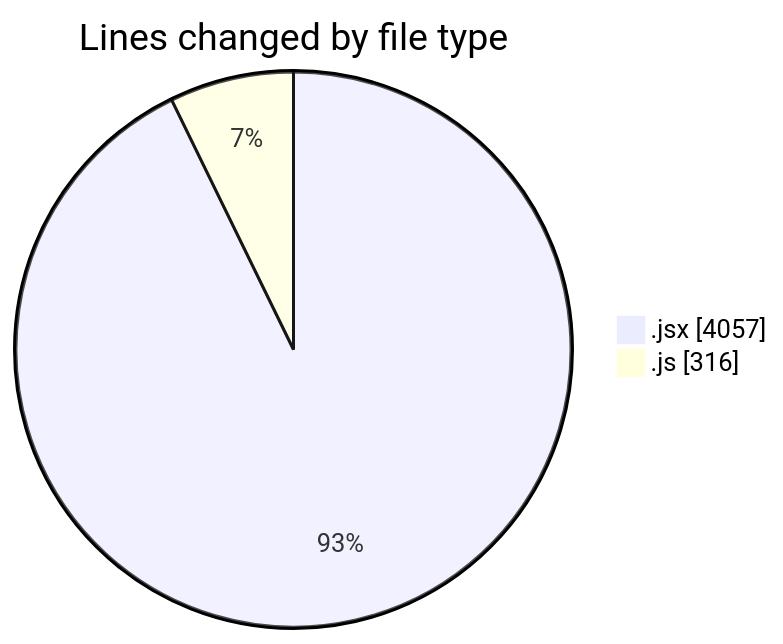
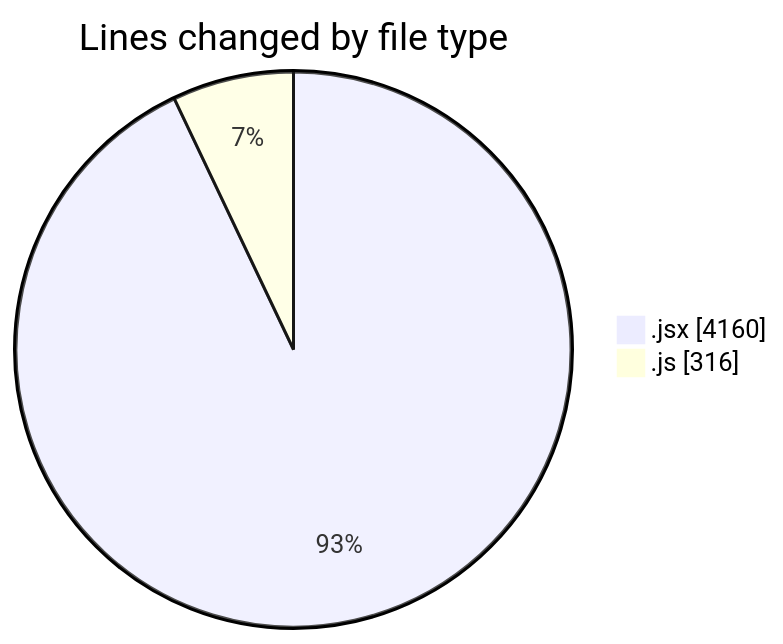
Before and after one commit to nxtqubesakshisongat/code-tracking: the first of 2 diagrams in 2025-07-13/argos/README.md, drawn with Mermaid. The commit also changed other lines of this file and 1 other file, not shown here.

````diff
--- a/2025-07-13/argos/README.md
+++ b/2025-07-13/argos/README.md
@@ -22,6 +22,6 @@
 ```mermaid
 pie showData
 title Lines changed by file type
-".jsx" : 4057
+".jsx" : 4160
 ".js" : 316
 ```
````
